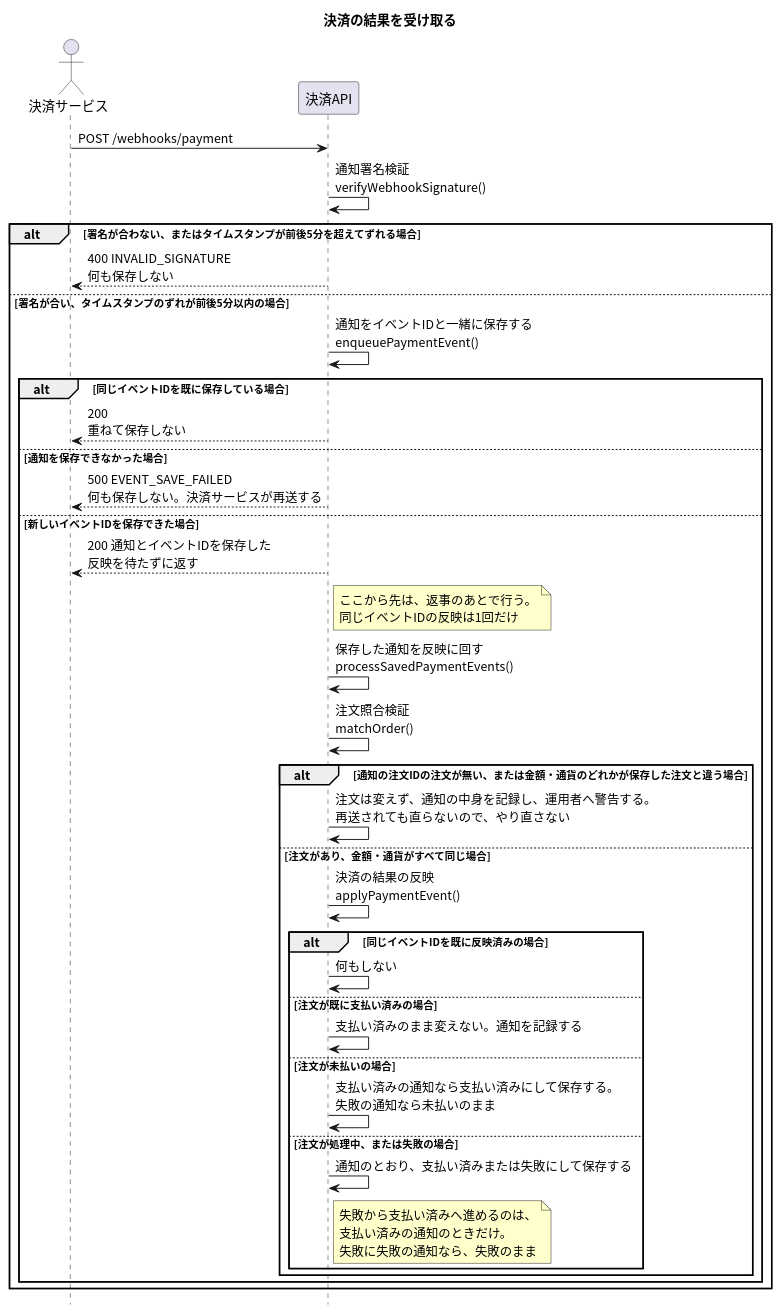
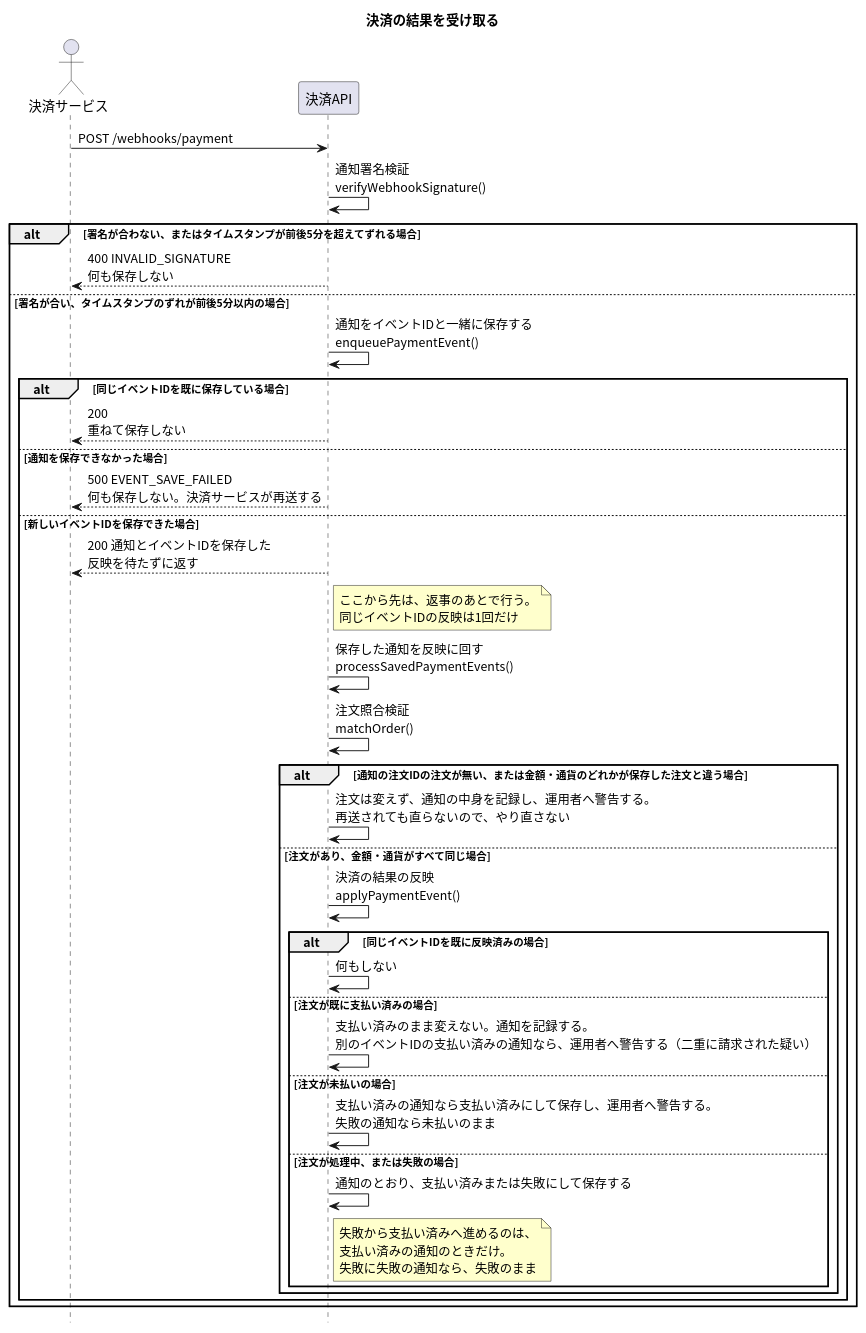
Before and after one commit to masamasamasato/design-doc-template: the diagram in apis/payment-webhook/入口.puml, drawn with PlantUML. The commit also changed 17 other files, not shown here.

```diff
--- a/apis/payment-webhook/入口.puml
+++ b/apis/payment-webhook/入口.puml
@@ -1,45 +1,45 @@
 @startuml
 skinparam shadowing false
 skinparam defaultFontName "Noto Sans CJK JP"
 skinparam SequenceFontName "Noto Sans CJK JP"
 skinparam NoteBackgroundColor #FFFFCC
 hide footbox
 
 title 決済の結果を受け取る
 
 actor "決済サービス" as PSP
 participant "決済API" as API
 
 PSP -> API : POST /webhooks/payment
 API -> API : 通知署名検証\nverifyWebhookSignature()
 alt 署名が合わない、またはタイムスタンプが前後5分を超えてずれる場合
   API --> PSP : 400 INVALID_SIGNATURE\n何も保存しない
 else 署名が合い、タイムスタンプのずれが前後5分以内の場合
   API -> API : 通知をイベントIDと一緒に保存する\nenqueuePaymentEvent()
   alt 同じイベントIDを既に保存している場合
     API --> PSP : 200\n重ねて保存しない
   else 通知を保存できなかった場合
     API --> PSP : 500 EVENT_SAVE_FAILED\n何も保存しない。決済サービスが再送する
   else 新しいイベントIDを保存できた場合
     API --> PSP : 200 通知とイベントIDを保存した\n反映を待たずに返す
     note right of API : ここから先は、返事のあとで行う。\n同じイベントIDの反映は1回だけ
     API -> API : 保存した通知を反映に回す\nprocessSavedPaymentEvents()
     API -> API : 注文照合検証\nmatchOrder()
     alt 通知の注文IDの注文が無い、または金額・通貨のどれかが保存した注文と違う場合
       API -> API : 注文は変えず、通知の中身を記録し、運用者へ警告する。\n再送されても直らないので、やり直さない
     else 注文があり、金額・通貨がすべて同じ場合
       API -> API : 決済の結果の反映\napplyPaymentEvent()
       alt 同じイベントIDを既に反映済みの場合
         API -> API : 何もしない
       else 注文が既に支払い済みの場合
-        API -> API : 支払い済みのまま変えない。通知を記録する
+        API -> API : 支払い済みのまま変えない。通知を記録する。\n別のイベントIDの支払い済みの通知なら、運用者へ警告する（二重に請求された疑い）
       else 注文が未払いの場合
-        API -> API : 支払い済みの通知なら支払い済みにして保存する。\n失敗の通知なら未払いのまま
+        API -> API : 支払い済みの通知なら支払い済みにして保存し、運用者へ警告する。\n失敗の通知なら未払いのまま
       else 注文が処理中、または失敗の場合
         API -> API : 通知のとおり、支払い済みまたは失敗にして保存する
         note right of API : 失敗から支払い済みへ進めるのは、\n支払い済みの通知のときだけ。\n失敗に失敗の通知なら、失敗のまま
       end
     end
   end
 end
 @enduml
```
